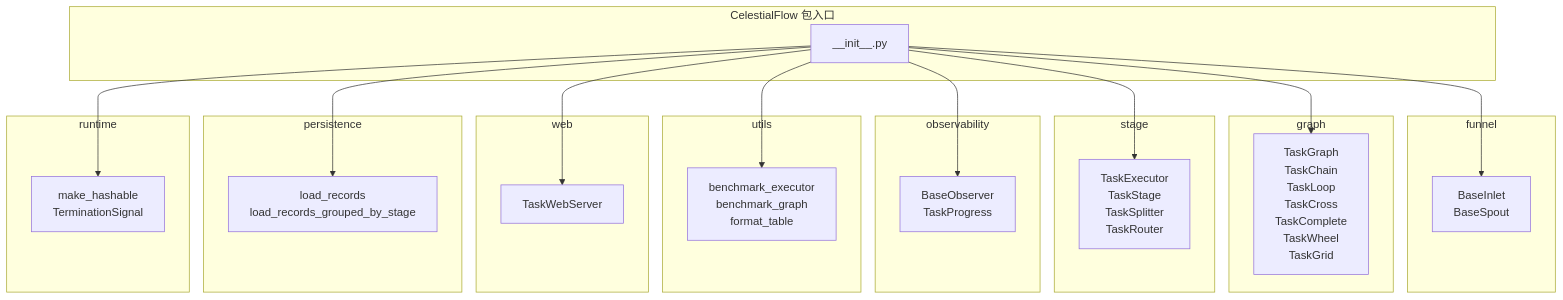
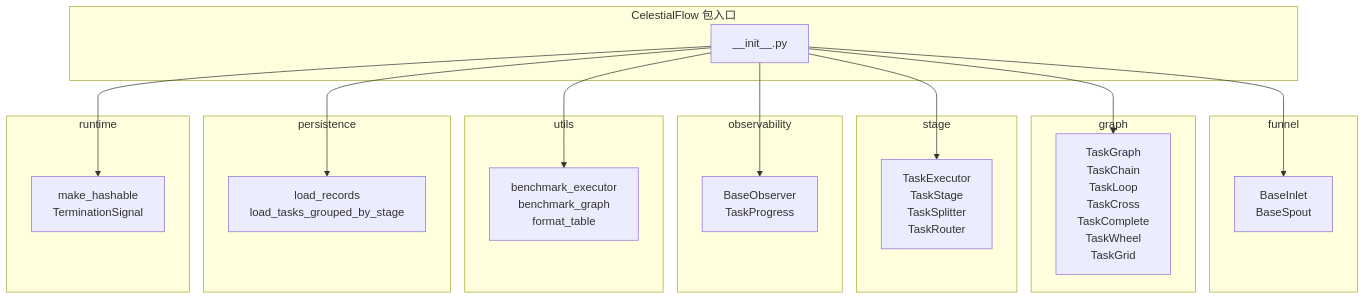
Before and after one commit to Mr-xiaotian/CelestialFlow: the diagram in docs/zh-CN/src/__init__.md, drawn with Mermaid. The commit also changed other lines of this file and 14 other files, not shown here.

````diff
--- a/docs/zh-CN/src/__init__.md
+++ b/docs/zh-CN/src/__init__.md
@@ -214,47 +203,42 @@
 ```mermaid
 graph TD
     subgraph "CelestialFlow 包入口"
         Init["__init__.py"]
     end
 
     subgraph funnel
         F["BaseInlet<br/>BaseSpout"]
     end
 
     subgraph graph
         G["TaskGraph<br/>TaskChain<br/>TaskLoop<br/>TaskCross<br/>TaskComplete<br/>TaskWheel<br/>TaskGrid"]
     end
 
     subgraph stage
         S["TaskExecutor<br/>TaskStage<br/>TaskSplitter<br/>TaskRouter"]
     end
 
     subgraph observability
         O["BaseObserver<br/>TaskProgress"]
     end
 
     subgraph utils
         U["benchmark_executor<br/>benchmark_graph<br/>format_table"]
     end
 
-    subgraph web
-        W["TaskWebServer"]
-    end
-
     subgraph persistence
-        P["load_records<br/>load_records_grouped_by_stage"]
+        P["load_records<br/>load_tasks_grouped_by_stage"]
     end
 
     subgraph runtime
         R["make_hashable<br/>TerminationSignal"]
     end
 
     Init --> F
     Init --> G
     Init --> S
     Init --> O
     Init --> U
-    Init --> W
     Init --> P
     Init --> R
 ```
````
